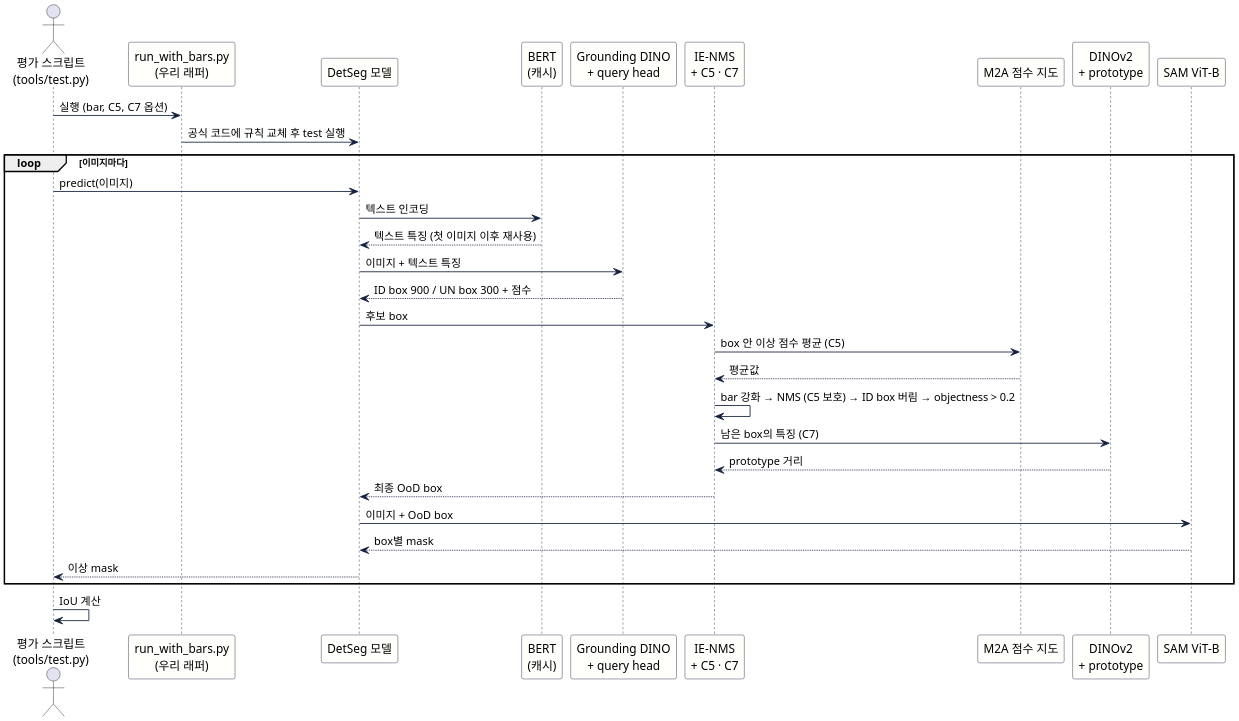
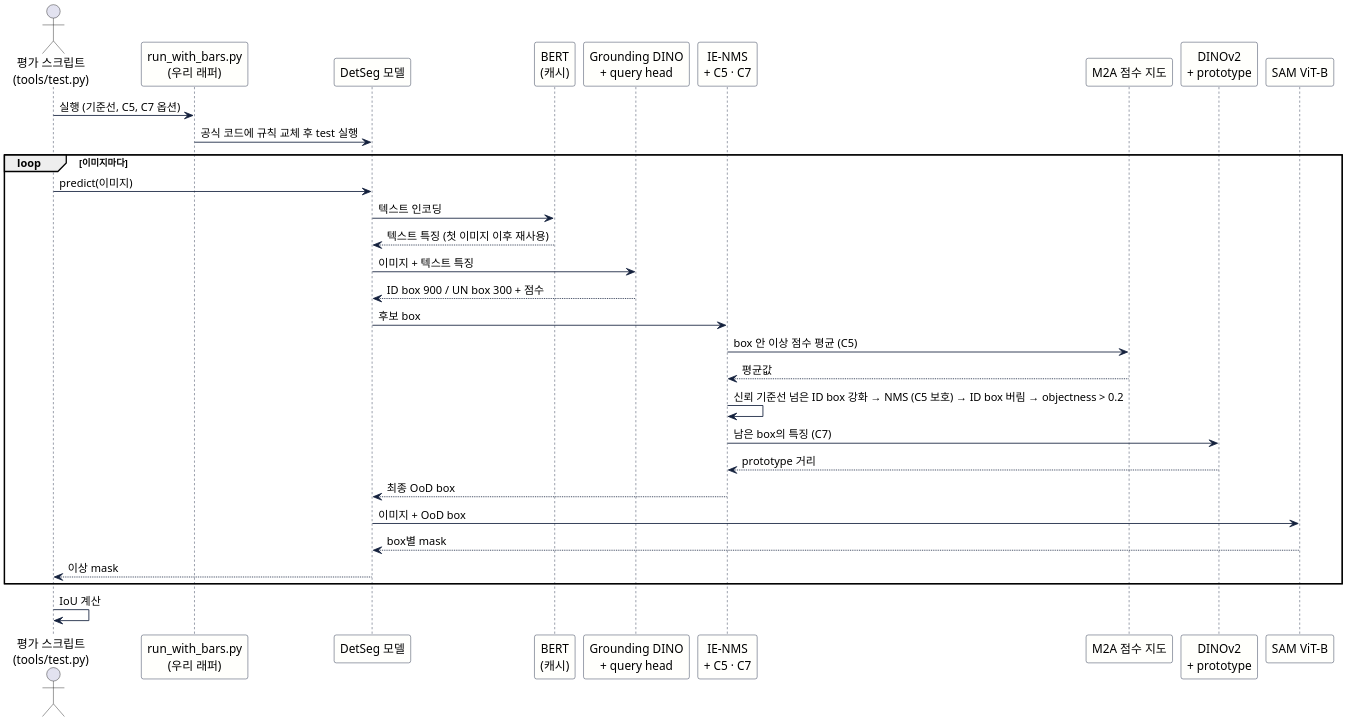
One commit to xowns0302/autonomous-driving-anomaly-segmentation changed the diagram in docs/diagrams/runtime_sequence.puml. Above: the diagram before and after it, drawn with PlantUML. The commit also changed 11 other files, not shown here.

First line of the commit message:
Report: plain-language term for IE-NMS bar (신뢰 기준선), baseline -> 베이스라인

```diff
--- a/docs/diagrams/runtime_sequence.puml
+++ b/docs/diagrams/runtime_sequence.puml
@@ -1,43 +1,43 @@
 @startuml runtime_sequence
 ' UML 시퀀스 다이어그램: DetSeg-S + C8 실행 시 모듈 호출 순서 (이미지 한 장)
 skinparam defaultFontName NanumGothic
 skinparam dpi 180
 skinparam shadowing false
 skinparam sequence {
   ArrowColor #14213D
   LifeLineBorderColor #14213D
   ParticipantBorderColor #14213D
   ParticipantBackgroundColor #FFFFFC
 }
 
 actor "평가 스크립트\n(tools/test.py)" as test
 participant "run_with_bars.py\n(우리 래퍼)" as wrap
 participant "DetSeg 모델" as model
 participant "BERT\n(캐시)" as bert
 participant "Grounding DINO\n+ query head" as gd
 participant "IE-NMS\n+ C5 · C7" as nms
 participant "M2A 점수 지도" as m2a
 participant "DINOv2\n+ prototype" as dino
 participant "SAM ViT-B" as sam
 
-test -> wrap : 실행 (bar, C5, C7 옵션)
+test -> wrap : 실행 (기준선, C5, C7 옵션)
 wrap -> model : 공식 코드에 규칙 교체 후 test 실행
 loop 이미지마다
   test -> model : predict(이미지)
   model -> bert : 텍스트 인코딩
   bert --> model : 텍스트 특징 (첫 이미지 이후 재사용)
   model -> gd : 이미지 + 텍스트 특징
   gd --> model : ID box 900 / UN box 300 + 점수
   model -> nms : 후보 box
   nms -> m2a : box 안 이상 점수 평균 (C5)
   m2a --> nms : 평균값
-  nms -> nms : bar 강화 → NMS (C5 보호) → ID box 버림 → objectness > 0.2
+  nms -> nms : 신뢰 기준선 넘은 ID box 강화 → NMS (C5 보호) → ID box 버림 → objectness > 0.2
   nms -> dino : 남은 box의 특징 (C7)
   dino --> nms : prototype 거리
   nms --> model : 최종 OoD box
   model -> sam : 이미지 + OoD box
   sam --> model : box별 mask
   model --> test : 이상 mask
 end
 test -> test : IoU 계산
 @enduml
```
